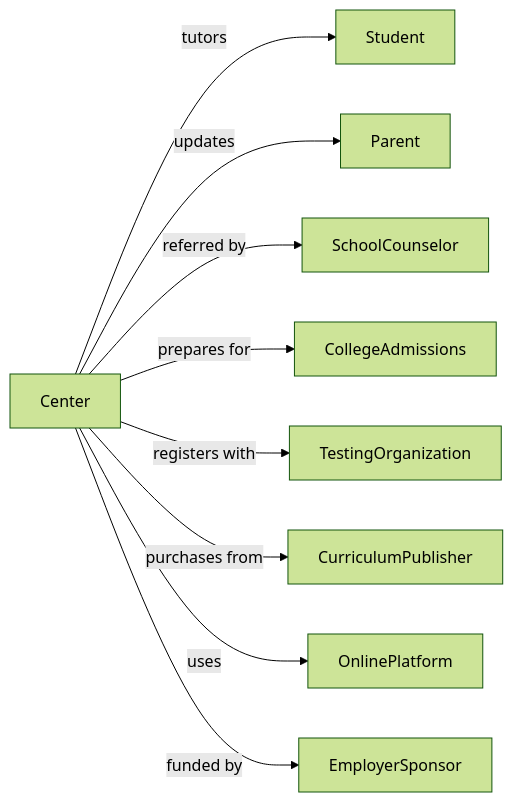
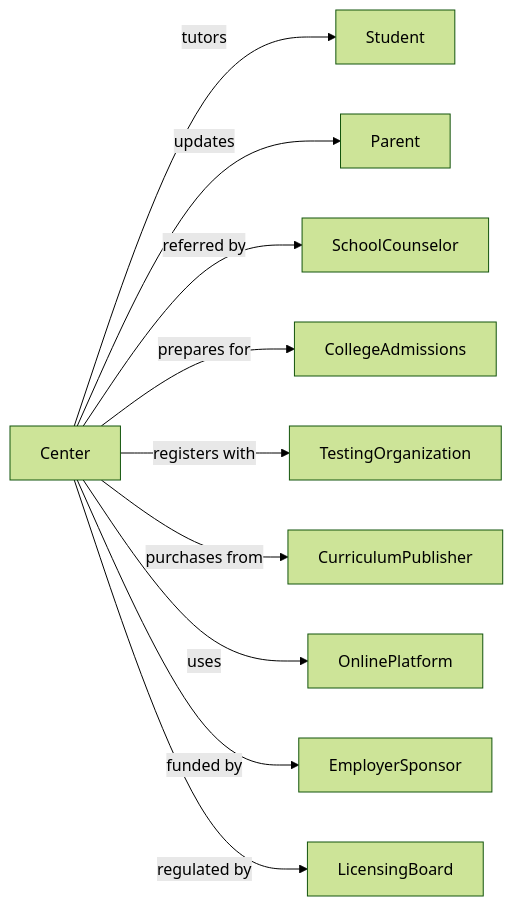
Before and after one commit to dot-org-ai/industries.org.ai: the second of 2 diagrams in Education/Education/OtherSchoolsAndInstruction/ExamPreparationAndTutoring.mdx, drawn with Mermaid (forest theme). The commit also changed 588 other files, not shown here.

````diff
--- a/Education/Education/OtherSchoolsAndInstruction/ExamPreparationAndTutoring.mdx
+++ b/Education/Education/OtherSchoolsAndInstruction/ExamPreparationAndTutoring.mdx
@@ -139,13 +139,14 @@
 ```mermaid
 graph LR
     C[Center]
 
     C -->|tutors| Student
     C -->|updates| Parent
     C -->|referred by| SchoolCounselor
     C -->|prepares for| CollegeAdmissions
     C -->|registers with| TestingOrganization
     C -->|purchases from| CurriculumPublisher
     C -->|uses| OnlinePlatform
     C -->|funded by| EmployerSponsor
+    C -->|regulated by| LicensingBoard
 ```
````
